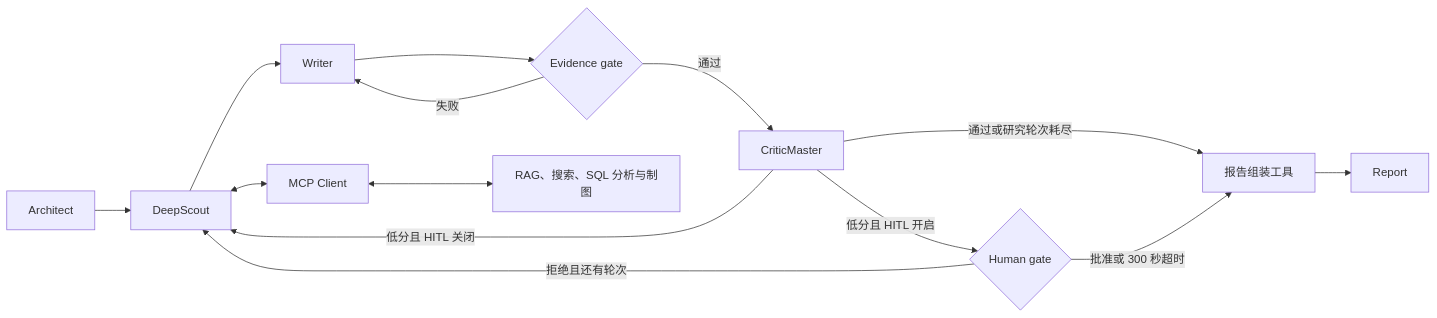
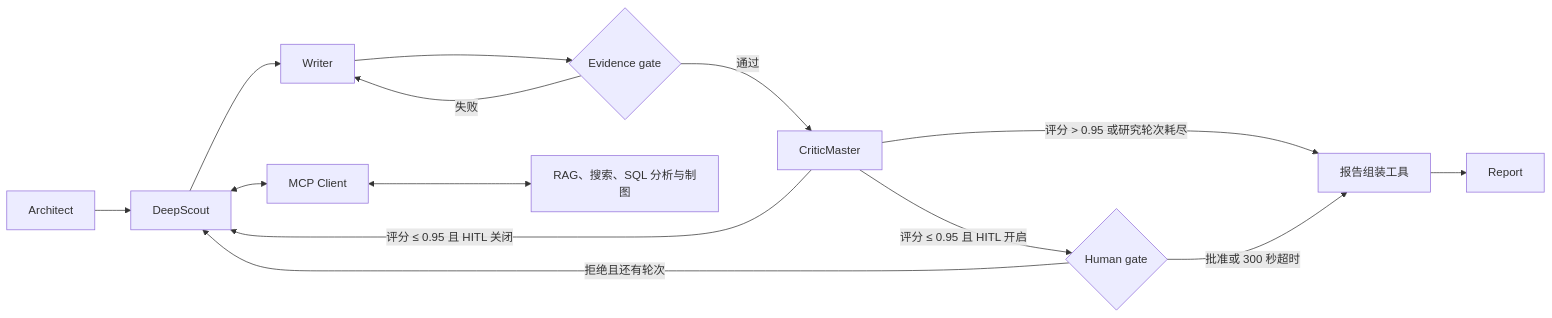
Before and after one commit to VariianWrynn/AgentProject: the diagram in docs/research-api.md, drawn with Mermaid. The commit also changed other lines of this file and 27 other files, not shown here.

````diff
--- a/docs/research-api.md
+++ b/docs/research-api.md
@@ -9,14 +9,14 @@
 ```mermaid
 flowchart LR
     A[Architect] --> D[DeepScout] --> W[Writer] --> F{Evidence gate}
     F -->|失败| W
     F -->|通过| C[CriticMaster]
-    C -->|通过或研究轮次耗尽| S[报告组装工具]
-    C -->|低分且 HITL 关闭| D
-    C -->|低分且 HITL 开启| H{Human gate}
+    C -->|评分 > 0.95 或研究轮次耗尽| S[报告组装工具]
+    C -->|评分 ≤ 0.95 且 HITL 关闭| D
+    C -->|评分 ≤ 0.95 且 HITL 开启| H{Human gate}
     H -->|拒绝且还有轮次| D
     H -->|批准或 300 秒超时| S
     S --> O[Report]
     D <--> M[MCP Client]
     M <--> T[RAG、搜索、SQL 分析与制图]
 ```
````
